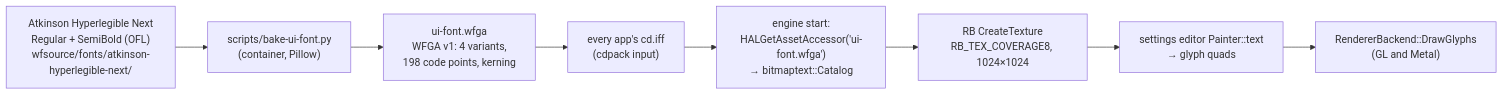
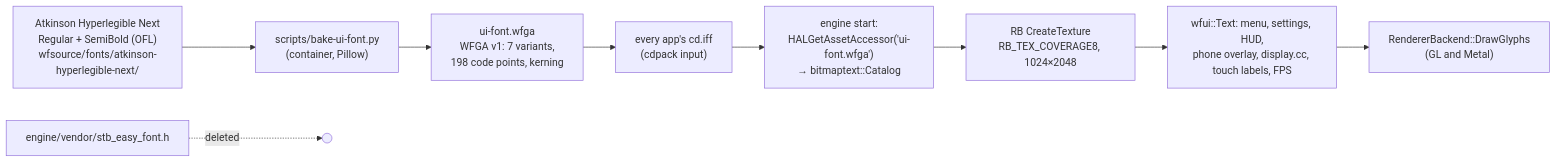
One commit to wbniv/WorldFoundry changed the first of 2 diagrams in docs/plans/2026-10-17-settings-editor-font.md. Above: the diagram before and after it, drawn with Mermaid. The commit also changed other lines of this file and 11 other files, not shown here.

First line of the commit message:
Plan: Atkinson replaces stb_easy_font everywhere, and stb_easy_font is deleted

````diff
--- a/docs/plans/2026-10-17-settings-editor-font.md
+++ b/docs/plans/2026-10-17-settings-editor-font.md
@@ -37,10 +52,11 @@
 ```mermaid
 flowchart LR
   TTF["Atkinson Hyperlegible Next<br/>Regular + SemiBold (OFL)<br/>wfsource/fonts/atkinson-hyperlegible-next/"] --> BAKE["scripts/bake-ui-font.py<br/>(container, Pillow)"]
-  BAKE --> WFGA["ui-font.wfga<br/>WFGA v1: 4 variants,<br/>198 code points, kerning"]
+  BAKE --> WFGA["ui-font.wfga<br/>WFGA v1: 7 variants,<br/>198 code points, kerning"]
   WFGA --> CD["every app's cd.iff<br/>(cdpack input)"]
   CD --> LOAD["engine start:<br/>HALGetAssetAccessor('ui-font.wfga')<br/>→ bitmaptext::Catalog"]
-  LOAD --> TEX["RB CreateTexture<br/>RB_TEX_COVERAGE8, 1024×1024"]
-  TEX --> UI["settings editor Painter::text<br/>→ glyph quads"]
-  UI --> DRAW["RendererBackend::DrawGlyphs<br/>(GL and Metal)"]
+  LOAD --> TEX["RB CreateTexture<br/>RB_TEX_COVERAGE8, 1024×2048"]
+  TEX --> USERS["wfui::Text: menu, settings, HUD,<br/>phone overlay, display.cc, touch labels, FPS"]
+  USERS --> DRAW["RendererBackend::DrawGlyphs<br/>(GL and Metal)"]
+  OLD["engine/vendor/stb_easy_font.h"] -. deleted .-> X(( ))
 ```
````
